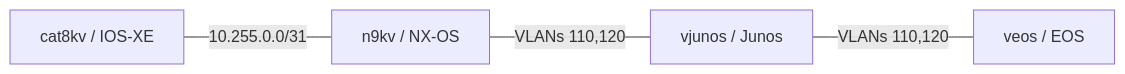
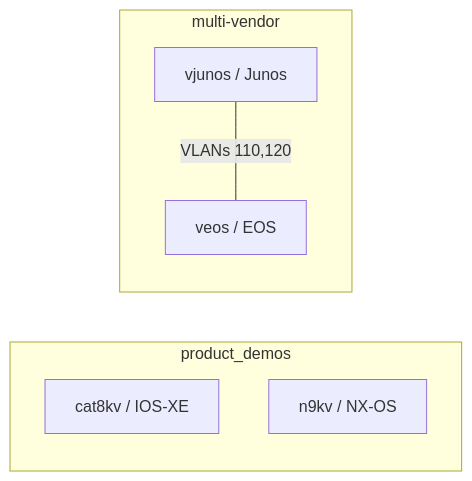
One commit to ansible/product-demos changed the diagram in network/docs/network-configuration.md. Above: the diagram before and after it, drawn with Mermaid. The commit also changed other lines of this file and 3 other files, not shown here.

````diff
--- a/network/docs/network-configuration.md
+++ b/network/docs/network-configuration.md
@@ -9,6 +9,10 @@
 ```mermaid
 flowchart LR
-  C[cat8kv / IOS-XE] ---|10.255.0.0/31| N[n9kv / NX-OS]
-  N ---|VLANs 110,120| J[vjunos / Junos]
-  J ---|VLANs 110,120| E[veos / EOS]
+  subgraph product_demos
+    C[cat8kv / IOS-XE]
+    N[n9kv / NX-OS]
+  end
+  subgraph multi-vendor
+    J[vjunos / Junos] ---|VLANs 110,120| E[veos / EOS]
+  end
 ```
````
